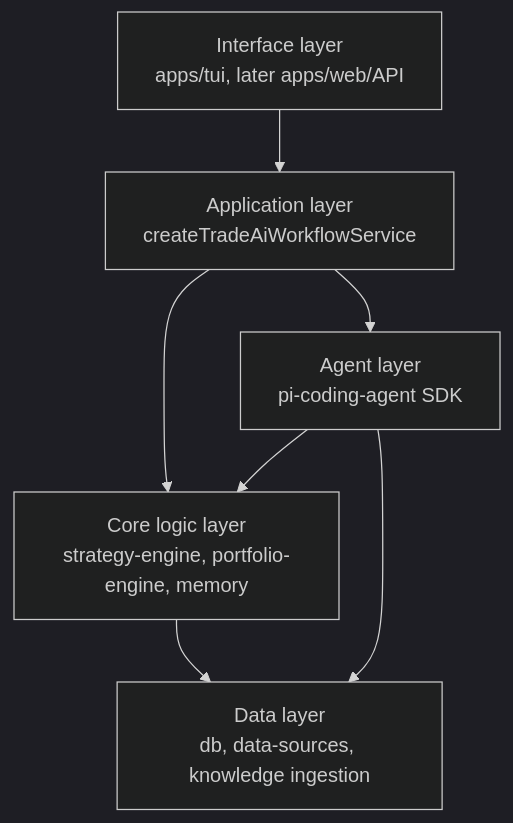
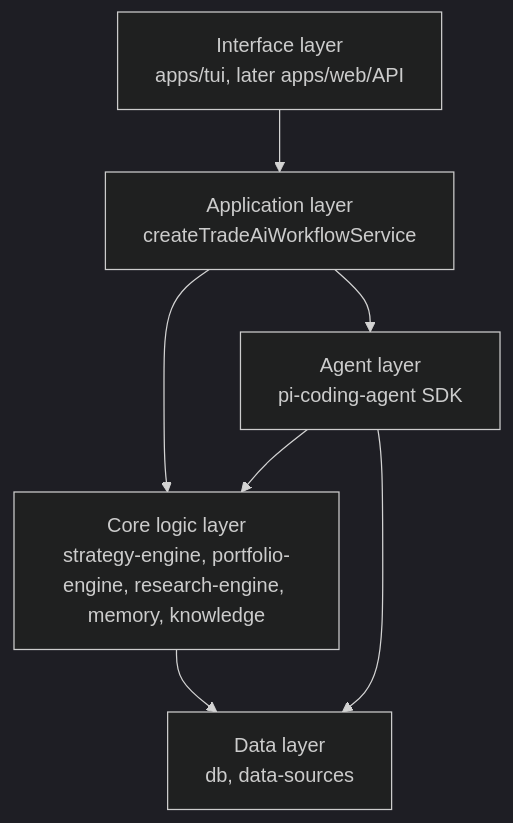
The second of 5 diagrams in docs/architecture.md (decocereus/tradeai), drawn with Mermaid (dark theme) before and after one commit. The commit also changed other lines of this file and 4 other files, not shown here.

Commit message:
docs: refresh tradeai architecture status

````diff
--- a/docs/architecture.md
+++ b/docs/architecture.md
@@ -34,15 +37,15 @@
 ```mermaid
 flowchart TB
     UI["Interface layer<br/>apps/tui, later apps/web/API"]
     APP["Application layer<br/>createTradeAiWorkflowService"]
     AGENT["Agent layer<br/>pi-coding-agent SDK"]
-    CORE["Core logic layer<br/>strategy-engine, portfolio-engine, memory"]
-    DATA["Data layer<br/>db, data-sources, knowledge ingestion"]
+    CORE["Core logic layer<br/>strategy-engine, portfolio-engine, research-engine, memory, knowledge"]
+    DATA["Data layer<br/>db, data-sources"]
 
     UI --> APP
     APP --> AGENT
     APP --> CORE
     CORE --> DATA
     AGENT --> CORE
     AGENT --> DATA
 ```
````
